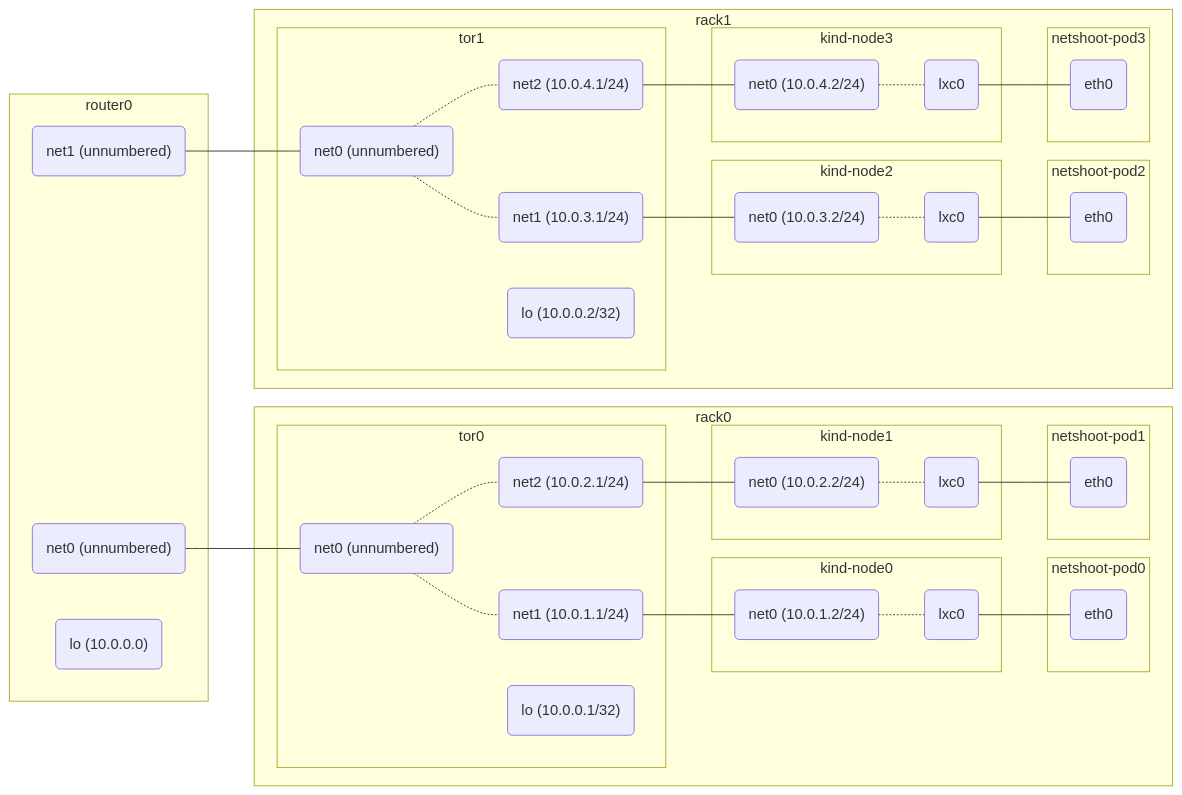
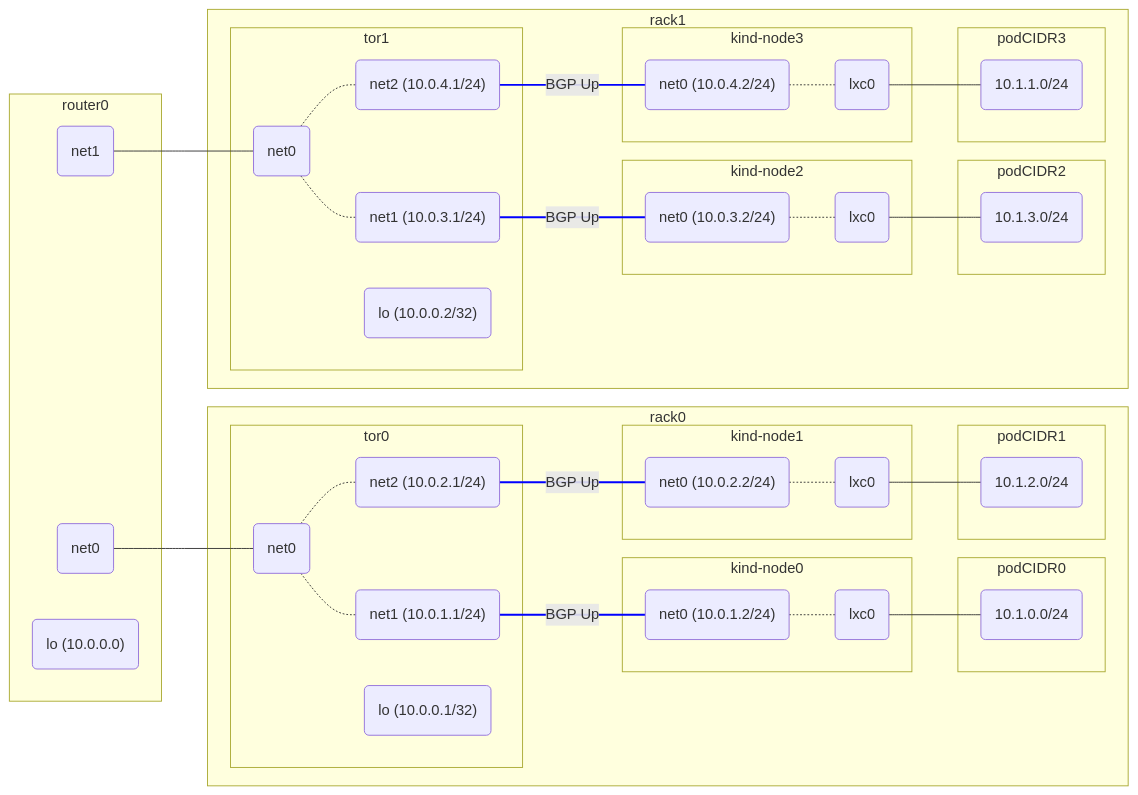
Before and after one commit to nvibert/network-diagrams: the diagram in network-diag-end.md, drawn with Mermaid.

````diff
--- a/network-diag-end.md
+++ b/network-diag-end.md
@@ -3,71 +3,73 @@
 ```mermaid
+
 flowchart LR
   subgraph router0
-    router0:net0("net0 (unnumbered)")
-    router0:net1("net1 (unnumbered)")
+    router0:net0("net0")
+    router0:net1("net1")
     router0:lo("lo (10.0.0.0)")
   end
   router0:net0---tor0:net0
   router0:net1---tor1:net0
   subgraph rack0
     subgraph tor0
-      tor0:net0("net0 (unnumbered)")
+      tor0:net0("net0")
       tor0:net1("net1 (10.0.1.1/24)")
       tor0:net2("net2 (10.0.2.1/24)")
       tor0:lo("lo (10.0.0.1/32)")
     end
     subgraph kind-node0
       kind-node0:net0("net0 (10.0.1.2/24)")
       kind-node0:lxc0("lxc0")
     end
     subgraph kind-node1
       kind-node1:net0("net0 (10.0.2.2/24)")
       kind-node1:lxc0("lxc0")
     end
-    subgraph netshoot-pod0
-      netshoot-pod0:eth0("eth0")
+    subgraph podCIDR0
+      pod0:eth0("10.1.0.0/24")
     end
-    subgraph netshoot-pod1
-      netshoot-pod1:eth0("eth0")
+    subgraph podCIDR1
+      pod1:eth0("10.1.2.0/24")
     end
     tor0:net0-.-tor0:net1
     tor0:net0-.-tor0:net2
-    tor0:net1---kind-node0:net0
-    tor0:net2---kind-node1:net0
+    tor0:net1---|BGP Up|kind-node0:net0
+    tor0:net2---|BGP Up|kind-node1:net0
     kind-node0:net0-.-kind-node0:lxc0
     kind-node1:net0-.-kind-node1:lxc0
-    kind-node0:lxc0---netshoot-pod0:eth0
-    kind-node1:lxc0---netshoot-pod1:eth0
+    kind-node0:lxc0---pod0:eth0
+    kind-node1:lxc0---pod1:eth0
   end
 
   subgraph rack1
     subgraph tor1
-      tor1:net0("net0 (unnumbered)")
+      tor1:net0("net0")
       tor1:net1("net1 (10.0.3.1/24)")
       tor1:net2("net2 (10.0.4.1/24)")
       tor1:lo("lo (10.0.0.2/32)")
     end
     subgraph kind-node2
       kind-node2:net0("net0 (10.0.3.2/24)")
       kind-node2:lxc0("lxc0")
     end
     subgraph kind-node3
       kind-node3:net0("net0 (10.0.4.2/24)")
       kind-node3:lxc0("lxc0")
     end
-    subgraph netshoot-pod2
-      netshoot-pod2:eth0("eth0")
+    subgraph podCIDR2
+      pod2:eth0("10.1.3.0/24")
     end
-    subgraph netshoot-pod3
-      netshoot-pod3:eth0("eth0")
+    subgraph podCIDR3
+      pod3:eth0("10.1.1.0/24")
     end
     tor1:net0-.-tor1:net1
     tor1:net0-.-tor1:net2
-    tor1:net1---kind-node2:net0
-    tor1:net2---kind-node3:net0
+    tor1:net1---|BGP Up|kind-node2:net0
+    tor1:net2---|BGP Up|kind-node3:net0
     kind-node2:net0-.-kind-node2:lxc0
     kind-node3:net0-.-kind-node3:lxc0
-    kind-node2:lxc0---netshoot-pod2:eth0
-    kind-node3:lxc0---netshoot-pod3:eth0
+    kind-node2:lxc0---pod2:eth0
+    kind-node3:lxc0---pod3:eth0
   end
+  linkStyle 4,5,12,13 stroke-width:2px,fill:none,stroke:blue;
 ```
````
